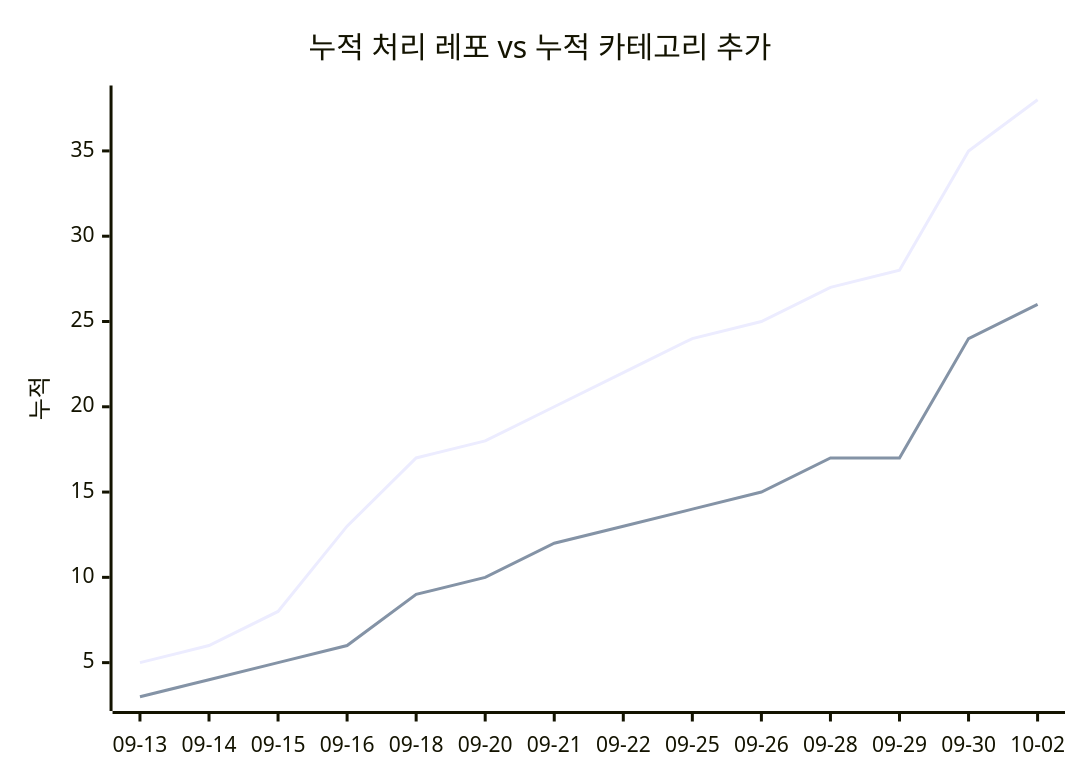
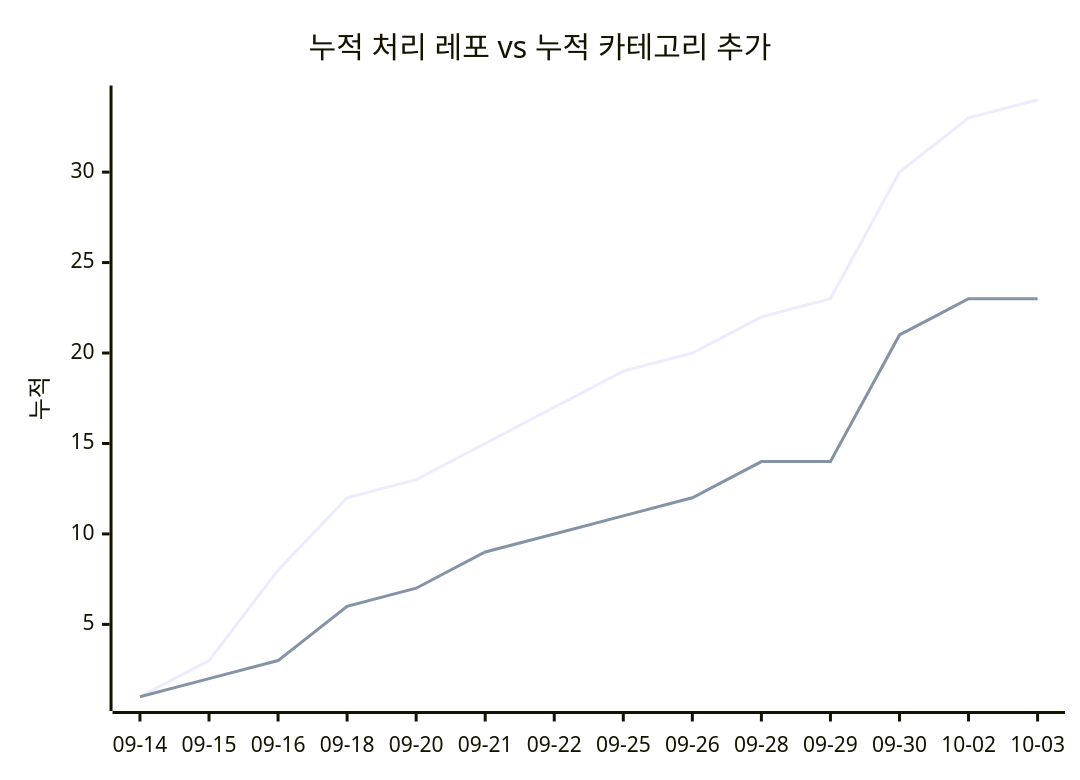
One commit to J-nowcow/awesome-korean-agent-skills changed the second of 2 diagrams in docs/trends.md. Above: the diagram before and after it, drawn with Mermaid. The commit also changed other lines of this file and 2 other files, not shown here.

````diff
--- a/docs/trends.md
+++ b/docs/trends.md
@@ -68,8 +68,8 @@
 ```mermaid
 xychart-beta
     title "누적 처리 레포 vs 누적 카테고리 추가"
-    x-axis ["09-13","09-14","09-15","09-16","09-18","09-20","09-21","09-22","09-25","09-26","09-28","09-29","09-30","10-02"]
+    x-axis ["09-14","09-15","09-16","09-18","09-20","09-21","09-22","09-25","09-26","09-28","09-29","09-30","10-02","10-03"]
     y-axis "누적"
-    line [5,6,8,13,17,18,20,22,24,25,27,28,35,38]
-    line [3,4,5,6,9,10,12,13,14,15,17,17,24,26]
+    line [1,3,8,12,13,15,17,19,20,22,23,30,33,34]
+    line [1,2,3,6,7,9,10,11,12,14,14,21,23,23]
 ```
````
